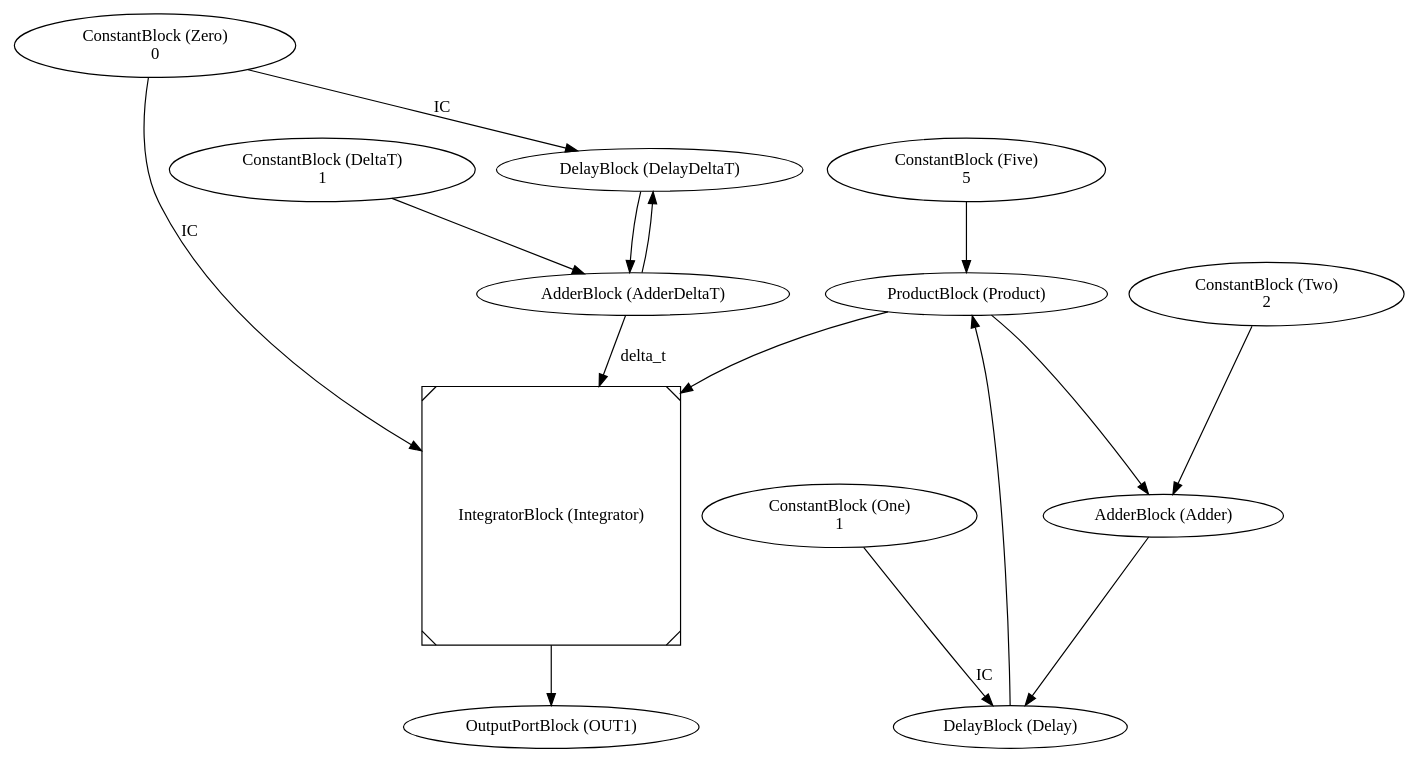
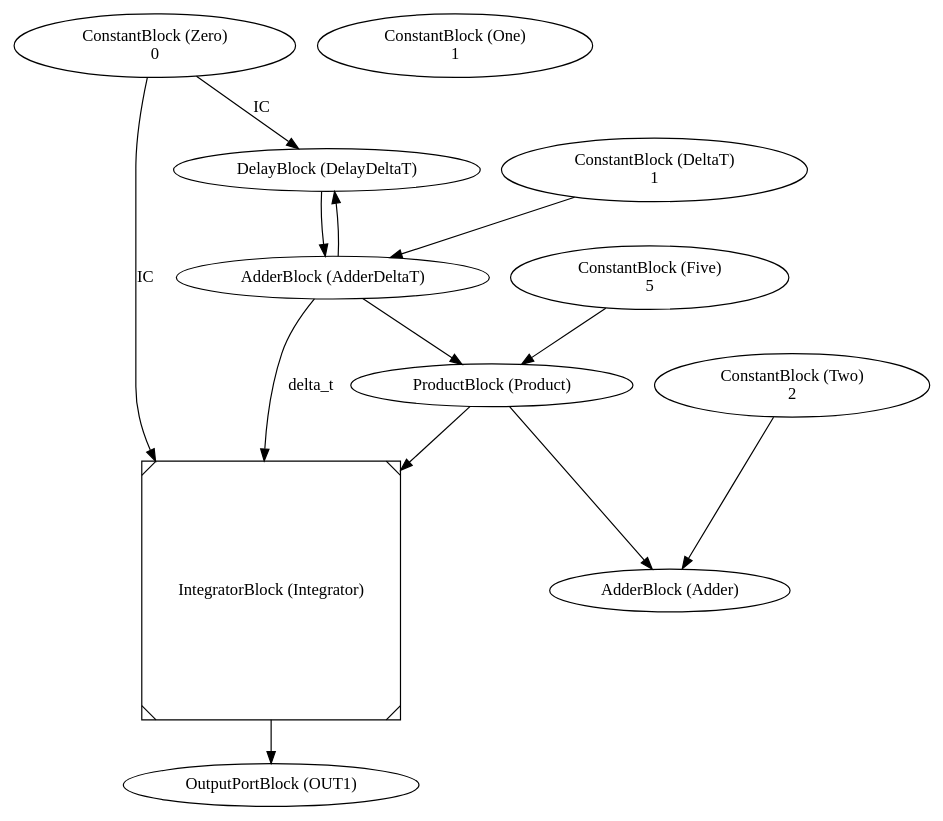
Before and after one commit to desmetr/MoSIS: the diagram in 2CBD/CBD/CBDSimulation1.dot, drawn with Graphviz. The commit also changed 9 other files, not shown here.

```diff
--- a/2CBD/CBD/CBDSimulation1.dot
+++ b/2CBD/CBD/CBDSimulation1.dot
@@ -1,29 +1,26 @@
 digraph graphname
 {OUT1 [label="OutputPortBlock (OUT1)"];
 Integrator -> OUT1 [label=""];
 Zero [label="ConstantBlock (Zero)\n0"];
 One [label="ConstantBlock (One)\n1"];
 Two [label="ConstantBlock (Two)\n2"];
 Five [label="ConstantBlock (Five)\n5"];
 DeltaT [label="ConstantBlock (DeltaT)\n1"];
 DelayDeltaT [label="DelayBlock (DelayDeltaT)"];
 Zero -> DelayDeltaT [label="IC"];
 AdderDeltaT -> DelayDeltaT [label=""];
 AdderDeltaT [label="AdderBlock (AdderDeltaT)"];
 DelayDeltaT -> AdderDeltaT [label=""];
 DeltaT -> AdderDeltaT [label=""];
-Delay [label="DelayBlock (Delay)"];
-One -> Delay [label="IC"];
-Adder -> Delay [label=""];
 Product [label="ProductBlock (Product)"];
 Five -> Product [label=""];
-Delay -> Product [label=""];
+AdderDeltaT -> Product [label=""];
 Adder [label="AdderBlock (Adder)"];
 Two -> Adder [label=""];
 Product -> Adder [label=""];
 Integrator [label="IntegratorBlock (Integrator)",shape=Msquare];
 AdderDeltaT -> Integrator [label="delta_t"];
 Zero -> Integrator [label="IC"];
 Product -> Integrator [label=""];
 
 }
```
